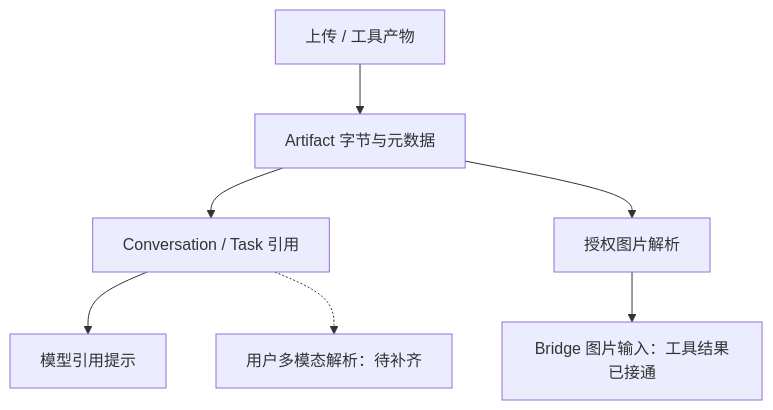
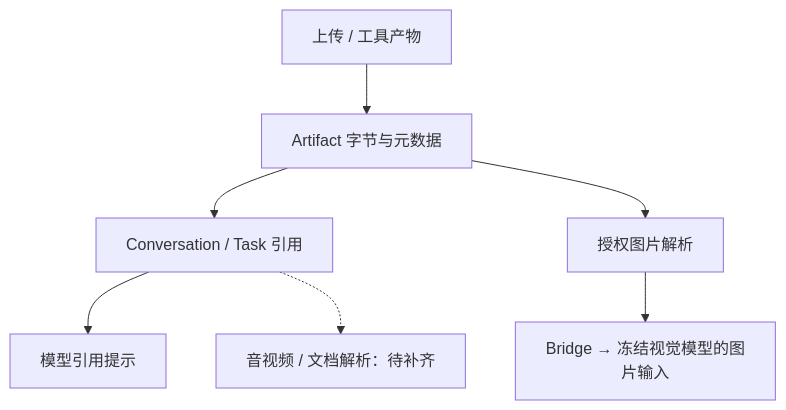
The first of 2 diagrams in docs/designs/artifacts-media.md (z-chenhao/assistant), drawn with Mermaid before and after one commit. The commit also changed other lines of this file and 32 other files, not shown here.

````diff
--- a/docs/designs/artifacts-media.md
+++ b/docs/designs/artifacts-media.md
@@ -11,9 +11,9 @@
 ```mermaid
 flowchart TD
     U["上传 / 工具产物"] --> A["Artifact 字节与元数据"]
     A --> C["Conversation / Task 引用"]
     C --> M["模型引用提示"]
     A --> I["授权图片解析"]
-    I --> B["Bridge 图片输入：工具结果已接通"]
-    C -.-> P["用户多模态解析：待补齐"]
+    I --> B["Bridge → 冻结视觉模型的图片输入"]
+    C -.-> P["音视频 / 文档解析：待补齐"]
 ```
````
